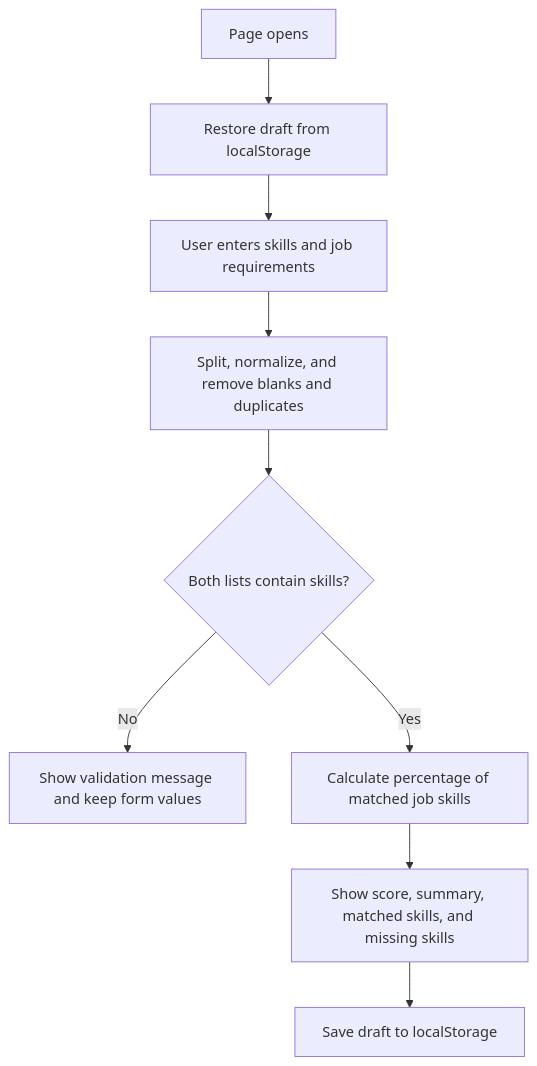
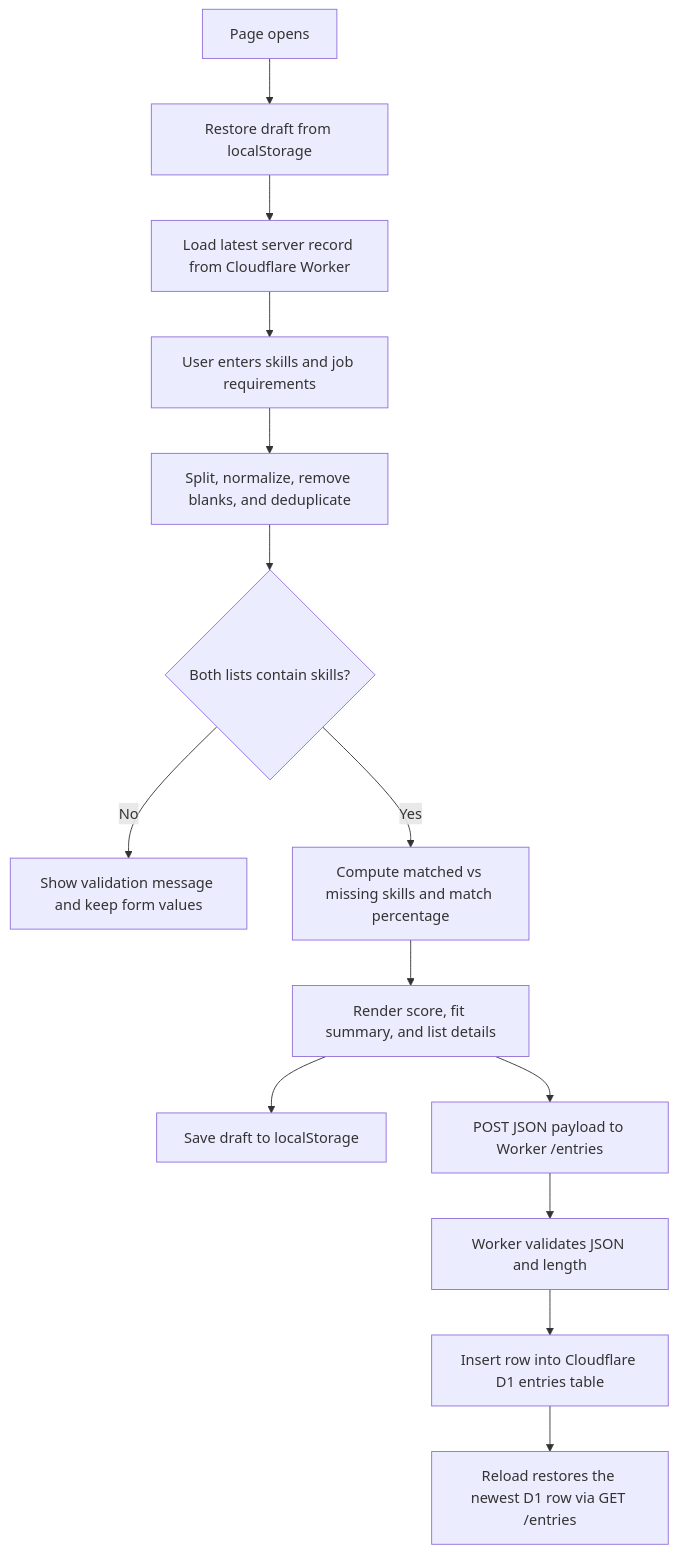
Before and after one commit to aaronsarasota04/mgt3745-hw4: the diagram in README.md, drawn with Mermaid. The commit also changed other lines of this file, not shown here.

````diff
--- a/README.md
+++ b/README.md
@@ -109,11 +109,16 @@
 ```mermaid
 flowchart TD
  A[Page opens] --> B[Restore draft from localStorage]
- B --> C[User enters skills and job requirements]
- C --> D[Split, normalize, and remove blanks and duplicates]
- D --> E{Both lists contain skills?}
- E -->|No| F[Show validation message and keep form values]
- E -->|Yes| G[Calculate percentage of matched job skills]
- G --> H[Show score, summary, matched skills, and missing skills]
- H --> I[Save draft to localStorage]
+ B --> C[Load latest server record from Cloudflare Worker]
+ C --> D[User enters skills and job requirements]
+ D --> E[Split, normalize, remove blanks, and deduplicate]
+ E --> F{Both lists contain skills?}
+ F -->|No| G[Show validation message and keep form values]
+ F -->|Yes| H[Compute matched vs missing skills and match percentage]
+ H --> I[Render score, fit summary, and list details]
+ I --> J[Save draft to localStorage]
+ I --> K[POST JSON payload to Worker /entries]
+ K --> L[Worker validates JSON and length]
+ L --> M[Insert row into Cloudflare D1 entries table]
+ M --> N[Reload restores the newest D1 row via GET /entries]
 ```
````
